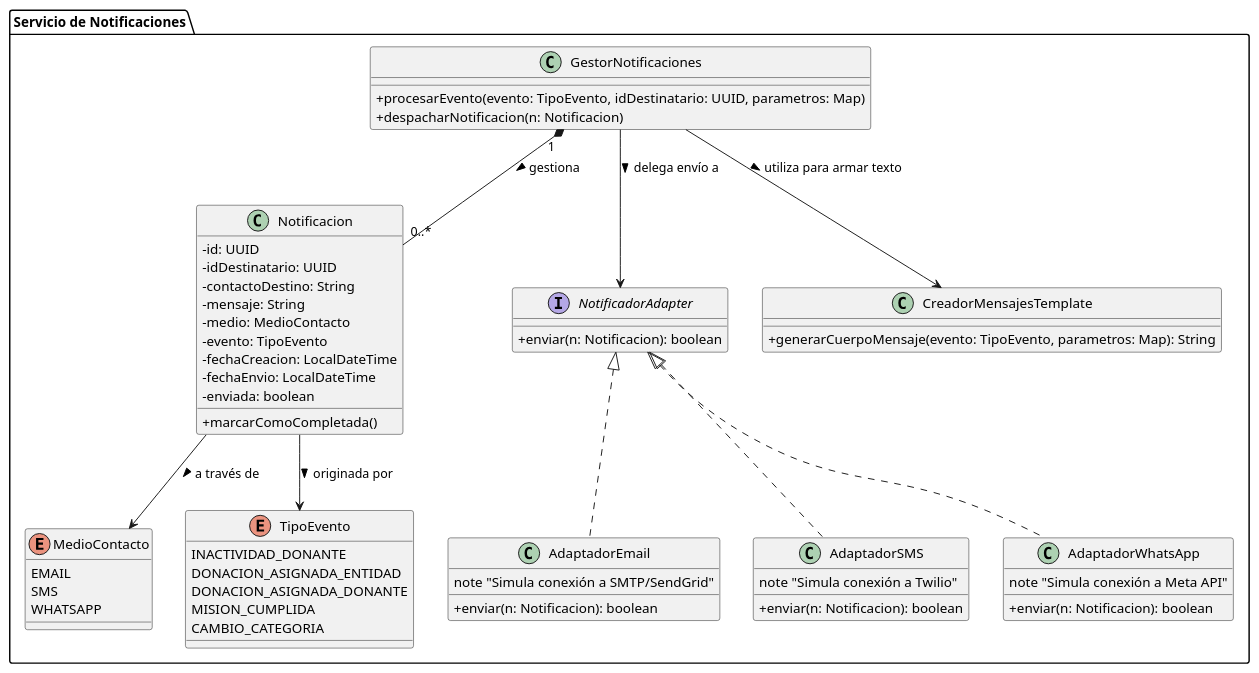
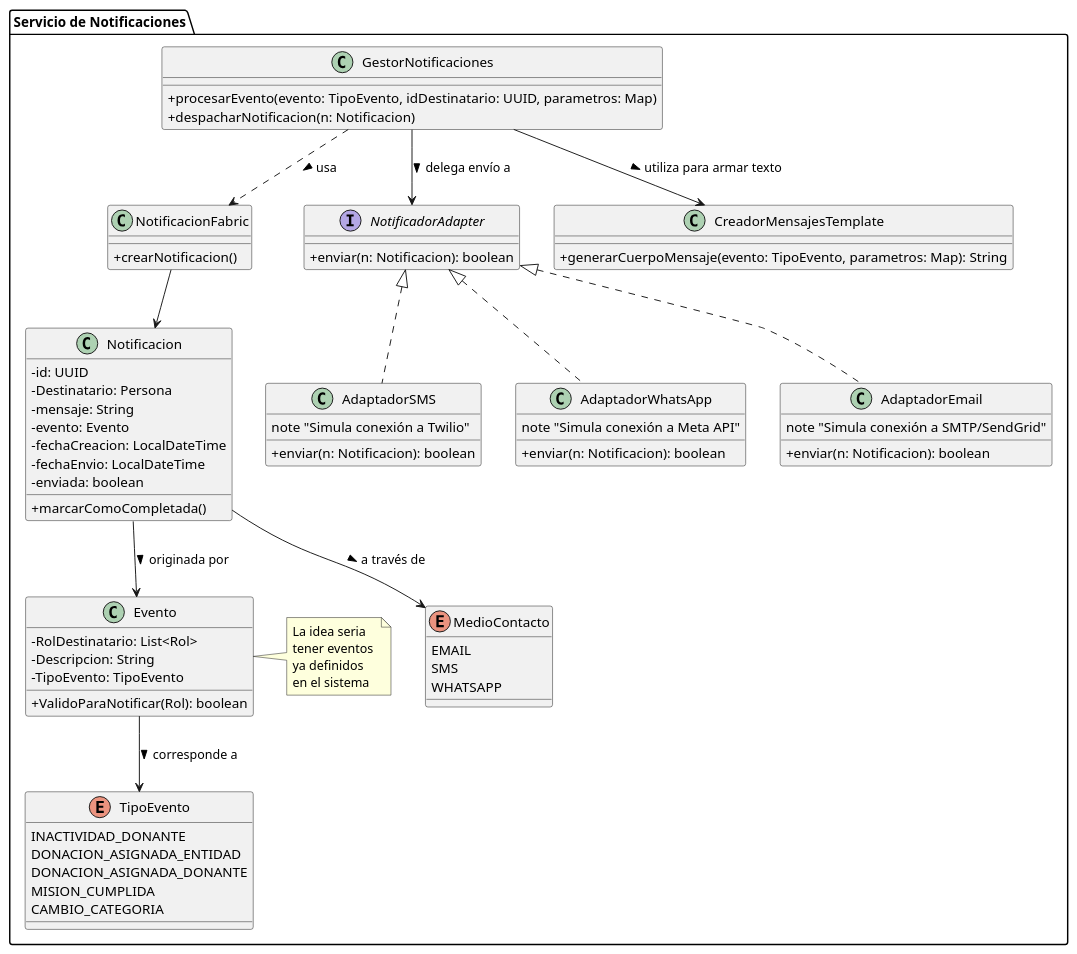
One commit to matefernandezcc/DonaTrack changed the diagram in diagramas/notificaciones/ServicioNotificaciones.puml. Above: the diagram before and after it, drawn with PlantUML.

Commit message:
Se agrego NoficacionesFabric y Evento

```diff
--- a/diagramas/notificaciones/ServicioNotificaciones.puml
+++ b/diagramas/notificaciones/ServicioNotificaciones.puml
@@ -1,70 +1,91 @@
 @startuml ServicioNotificaciones.puml
 skinparam classAttributeIconSize 0
 
 package "Servicio de Notificaciones" {
 
     enum MedioContacto {
         EMAIL
         SMS
         WHATSAPP
     }
 
+    class GestorNotificaciones {
+        + procesarEvento(evento: TipoEvento, idDestinatario: UUID, parametros: Map)
+        + despacharNotificacion(n: Notificacion)
+    }
+
     enum TipoEvento {
         INACTIVIDAD_DONANTE
         DONACION_ASIGNADA_ENTIDAD
         DONACION_ASIGNADA_DONANTE
         MISION_CUMPLIDA
         CAMBIO_CATEGORIA
     }
 
-    class GestorNotificaciones {
-        + procesarEvento(evento: TipoEvento, idDestinatario: UUID, parametros: Map)
-        + despacharNotificacion(n: Notificacion)
+    class Evento{
+        - RolDestinatario: List<Rol>
+        - Descripcion: String
+        - TipoEvento: TipoEvento
+        + ValidoParaNotificar(Rol): boolean
+    }
+
+    note left of Evento
+    La idea seria
+    tener eventos 
+    ya definidos 
+    en el sistema
+    endnote
+
+    class NotificacionFabric{
+        + crearNotificacion()
     }
 
     class Notificacion {
         - id: UUID
-        - idDestinatario: UUID
-        - contactoDestino: String
+        - Destinatario: Persona
         - mensaje: String
-        - medio: MedioContacto
-        - evento: TipoEvento
+        - evento: Evento
         - fechaCreacion: LocalDateTime
         - fechaEnvio: LocalDateTime
         - enviada: boolean
         + marcarComoCompletada()
     }
 
     interface NotificadorAdapter {
         + enviar(n: Notificacion): boolean
     }
 
     class AdaptadorEmail implements NotificadorAdapter {
         + enviar(n: Notificacion): boolean
         note "Simula conexión a SMTP/SendGrid"
     }
 
     class AdaptadorSMS implements NotificadorAdapter {
         + enviar(n: Notificacion): boolean
         note "Simula conexión a Twilio"
     }
 
     class AdaptadorWhatsApp implements NotificadorAdapter {
         + enviar(n: Notificacion): boolean
         note "Simula conexión a Meta API"
     }
 
     class CreadorMensajesTemplate {
         + generarCuerpoMensaje(evento: TipoEvento, parametros: Map): String
     }
 
     ' Relaciones
-    GestorNotificaciones "1" *-- "0..*" Notificacion : gestiona >
+    
     GestorNotificaciones --> NotificadorAdapter : delega envío a >
     GestorNotificaciones --> CreadorMensajesTemplate : utiliza para armar texto >
-    
+    GestorNotificaciones ..> NotificacionFabric : usa >
+
+    NotificacionFabric --> Notificacion
+
     Notificacion --> MedioContacto : a través de >
-    Notificacion --> TipoEvento : originada por >
+    Notificacion --> Evento : originada por >
+
+    Evento --> TipoEvento : corresponde a >
 
 }
 @enduml
```
